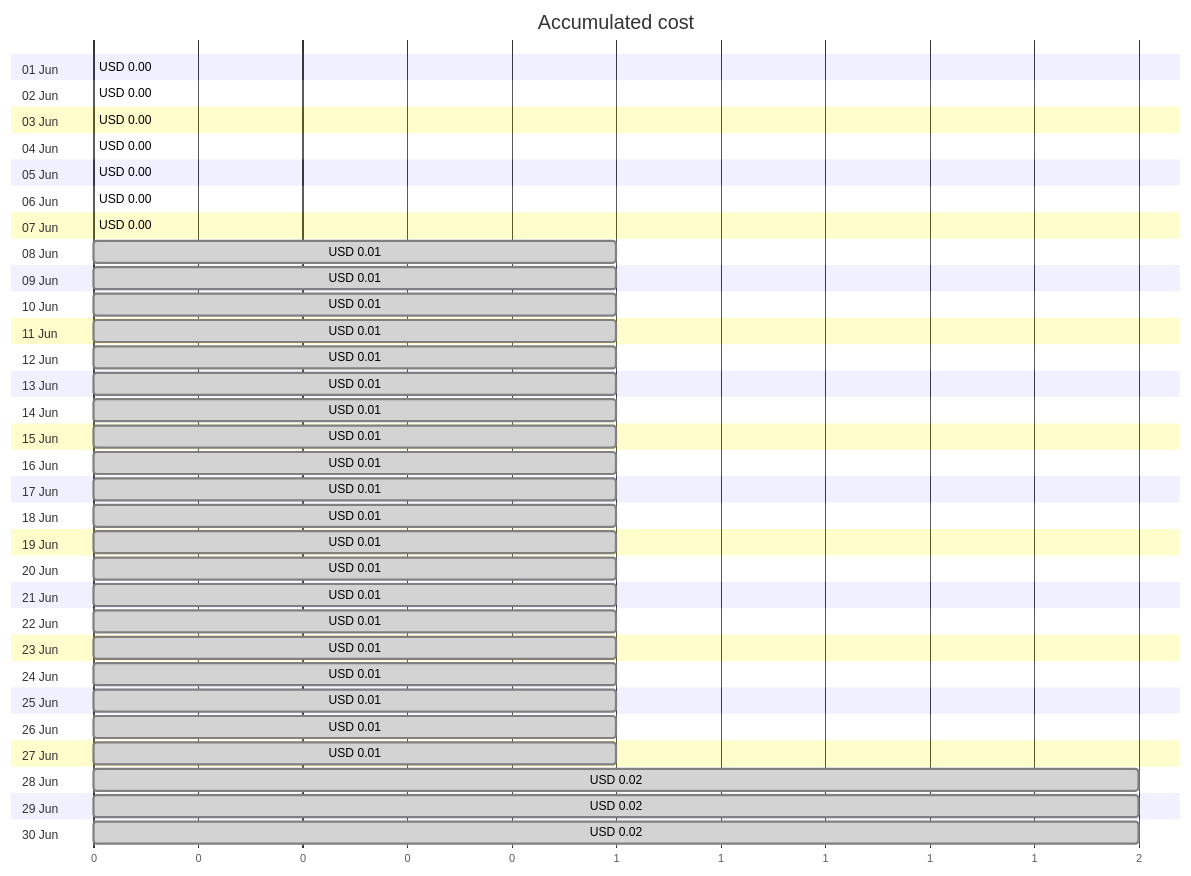
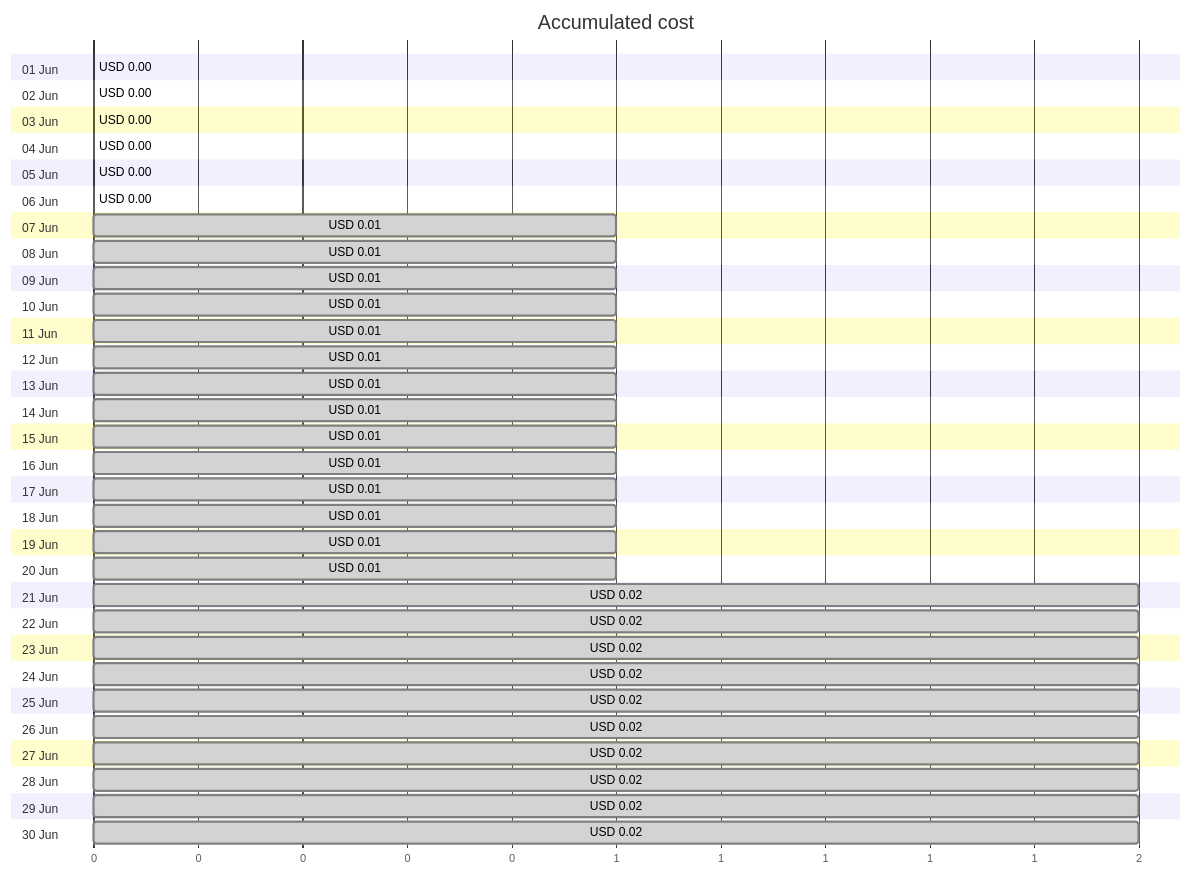
Before and after one commit to jpfulton/azure-personal-reports: the first of 4 diagrams in cost-reports/personal-site/personalsiteapipreview.md, drawn with Mermaid. The commit also changed other lines of this file and 6 other files, not shown here.

````diff
--- a/cost-reports/personal-site/personalsiteapipreview.md
+++ b/cost-reports/personal-site/personalsiteapipreview.md
@@ -20,66 +20,66 @@
 ```mermaid
 gantt
    title Accumulated cost
    dateFormat  X
    axisFormat %s
    section 01 Jun
    USD 0.00 :0, 0
    section 02 Jun
    USD 0.00 :0, 0
    section 03 Jun
-   USD 0.00 : done, 0, 0
+   USD 0.00 :0, 0
    section 04 Jun
    USD 0.00 : done, 0, 0
    section 05 Jun
    USD 0.00 : done, 0, 0
    section 06 Jun
    USD 0.00 : done, 0, 0
    section 07 Jun
-   USD 0.00 : done, 0, 0
+   USD 0.01 : done, 0, 1
    section 08 Jun
    USD 0.01 : done, 0, 1
    section 09 Jun
    USD 0.01 : done, 0, 1
    section 10 Jun
    USD 0.01 : done, 0, 1
    section 11 Jun
    USD 0.01 : done, 0, 1
    section 12 Jun
    USD 0.01 : done, 0, 1
    section 13 Jun
    USD 0.01 : done, 0, 1
    section 14 Jun
    USD 0.01 : done, 0, 1
    section 15 Jun
    USD 0.01 : done, 0, 1
    section 16 Jun
    USD 0.01 : done, 0, 1
    section 17 Jun
    USD 0.01 : done, 0, 1
    section 18 Jun
    USD 0.01 : done, 0, 1
    section 19 Jun
    USD 0.01 : done, 0, 1
    section 20 Jun
    USD 0.01 : done, 0, 1
    section 21 Jun
-   USD 0.01 : done, 0, 1
+   USD 0.02 : done, 0, 2
    section 22 Jun
-   USD 0.01 : done, 0, 1
+   USD 0.02 : done, 0, 2
    section 23 Jun
-   USD 0.01 : done, 0, 1
+   USD 0.02 : done, 0, 2
    section 24 Jun
-   USD 0.01 : done, 0, 1
+   USD 0.02 : done, 0, 2
    section 25 Jun
-   USD 0.01 : done, 0, 1
+   USD 0.02 : done, 0, 2
    section 26 Jun
-   USD 0.01 : done, 0, 1
+   USD 0.02 : done, 0, 2
    section 27 Jun
-   USD 0.01 : done, 0, 1
+   USD 0.02 : done, 0, 2
    section 28 Jun
    USD 0.02 : done, 0, 2
    section 29 Jun
    USD 0.02 : done, 0, 2
    section 30 Jun
    USD 0.02 : done, 0, 2
 ```
````
